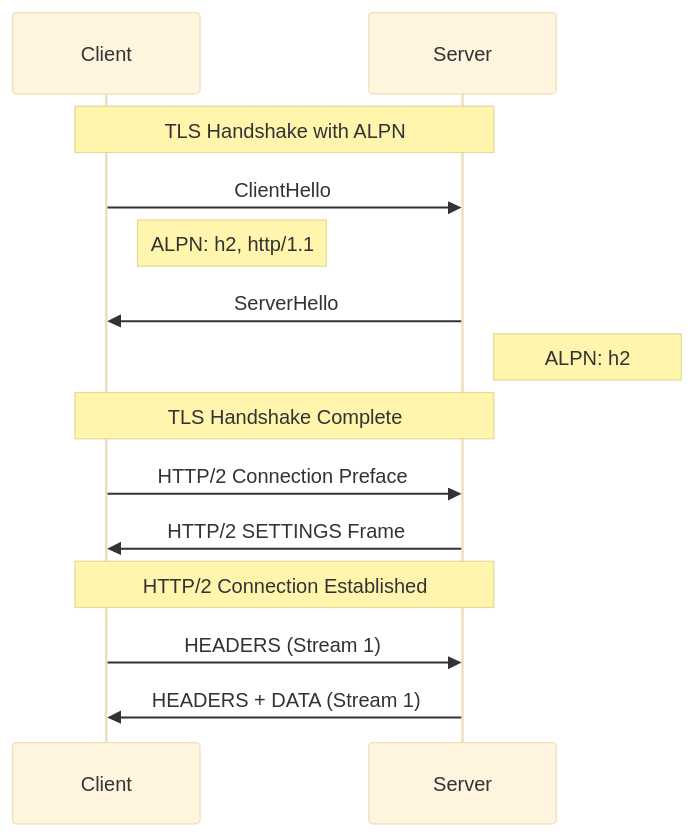
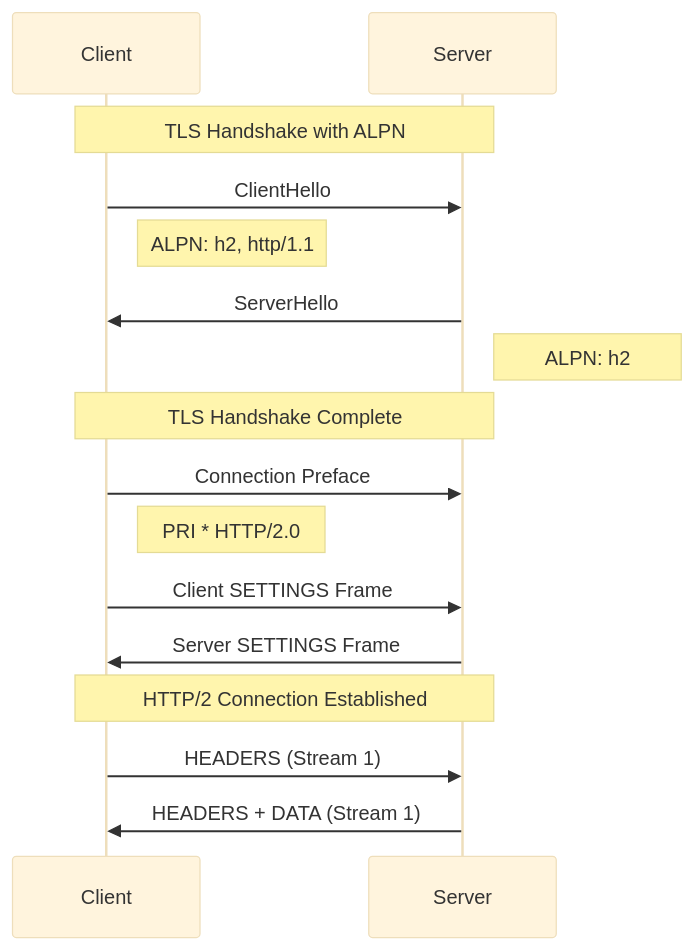
Before and after one commit to Kludex/uvicorn: the first of 3 diagrams in docs/concepts/http2.md, drawn with Mermaid (base theme). The commit also changed other lines of this file, not shown here.

Commit message:
Correct HTTP/2 docs preface frames, proxy matrix and h2c guidance

````diff
--- a/docs/concepts/http2.md
+++ b/docs/concepts/http2.md
@@ -60,23 +60,25 @@
 ```mermaid
 sequenceDiagram
     participant Client
     participant Server
 
     Note over Client,Server: TLS Handshake with ALPN
 
     Client->>Server: ClientHello
     Note right of Client: ALPN: h2, http/1.1
 
     Server->>Client: ServerHello
     Note right of Server: ALPN: h2
 
     Note over Client,Server: TLS Handshake Complete
 
-    Client->>Server: HTTP/2 Connection Preface
-    Server->>Client: HTTP/2 SETTINGS Frame
+    Client->>Server: Connection Preface
+    Note right of Client: PRI * HTTP/2.0
+    Client->>Server: Client SETTINGS Frame
+    Server->>Client: Server SETTINGS Frame
 
     Note over Client,Server: HTTP/2 Connection Established
 
     Client->>Server: HEADERS (Stream 1)
     Server->>Client: HEADERS + DATA (Stream 1)
 ```
````
